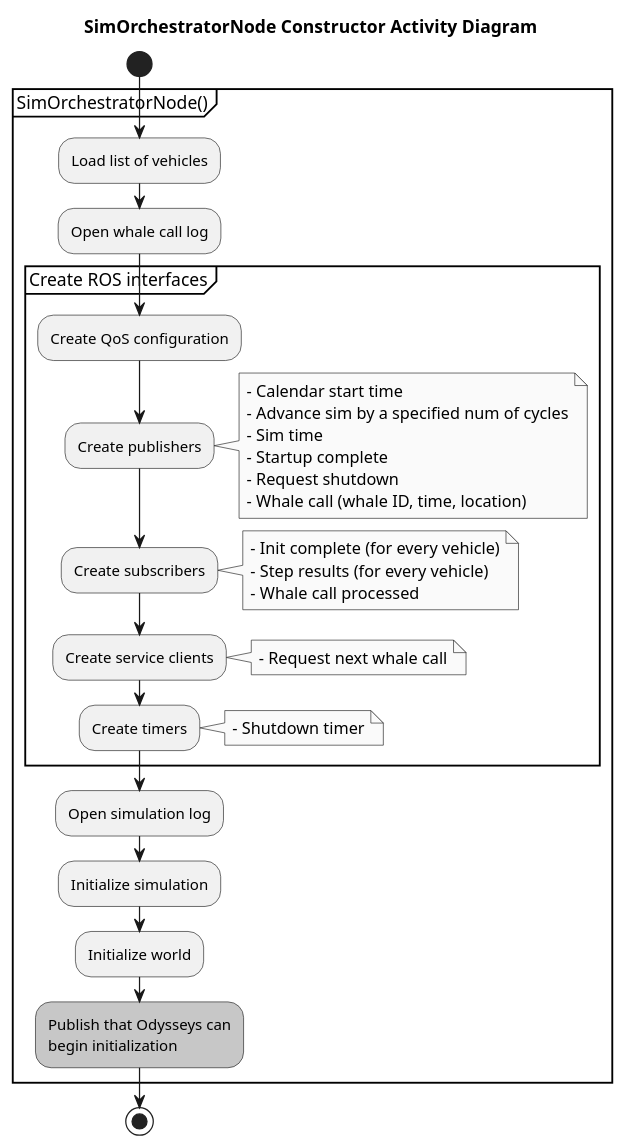
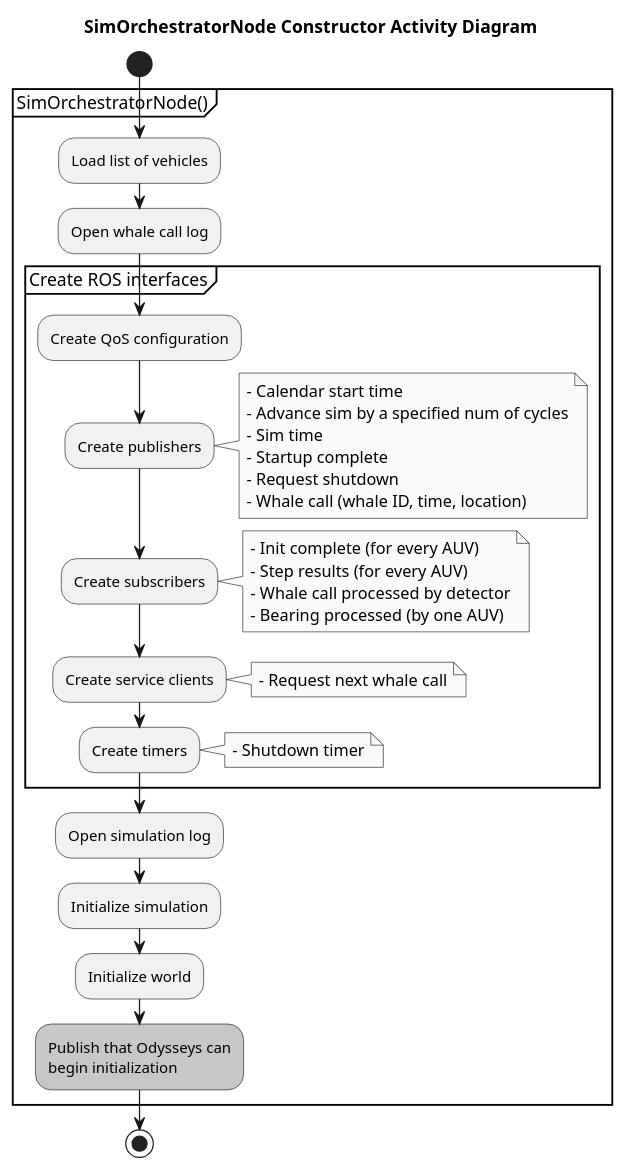
One commit to Tebcherani/MANTA changed the diagram in components/manta_core/docs/sim_orchestrator_init.puml. Above: the diagram before and after it, drawn with PlantUML. The commit also changed 6 other files, not shown here.

```diff
--- a/components/manta_core/docs/sim_orchestrator_init.puml
+++ b/components/manta_core/docs/sim_orchestrator_init.puml
@@ -1,48 +1,49 @@
 @startuml
 title SimOrchestratorNode Constructor Activity Diagram
 
 skinparam monochrome true
 skinparam shadowing false
 skinparam svgLinkTarget _self
 
 start
 
 partition "SimOrchestratorNode()" {
     :Load list of vehicles;    
     :Open whale call log;
     partition "Create ROS interfaces" {
         :Create QoS configuration;
         
         :Create publishers;
         note right
             - Calendar start time
             - Advance sim by a specified num of cycles
             - Sim time
             - Startup complete
             - Request shutdown
             - Whale call (whale ID, time, location)
         end note
 
         :Create subscribers;
         note right
-            - Init complete (for every vehicle)
-            - Step results (for every vehicle)
-            - Whale call processed
+            - Init complete (for every AUV)
+            - Step results (for every AUV)
+            - Whale call processed by detector
+            - Bearing processed (by one AUV)
         end note
 
         :Create service clients;
         note right: - Request next whale call
 
         :Create timers;
         note right: - Shutdown timer
     }
     
     :Open simulation log;
     :Initialize simulation;
     :Initialize world;
     #lightgreen:Publish that Odysseys can\nbegin initialization;
 }
 
 stop
 
 @enduml
```
